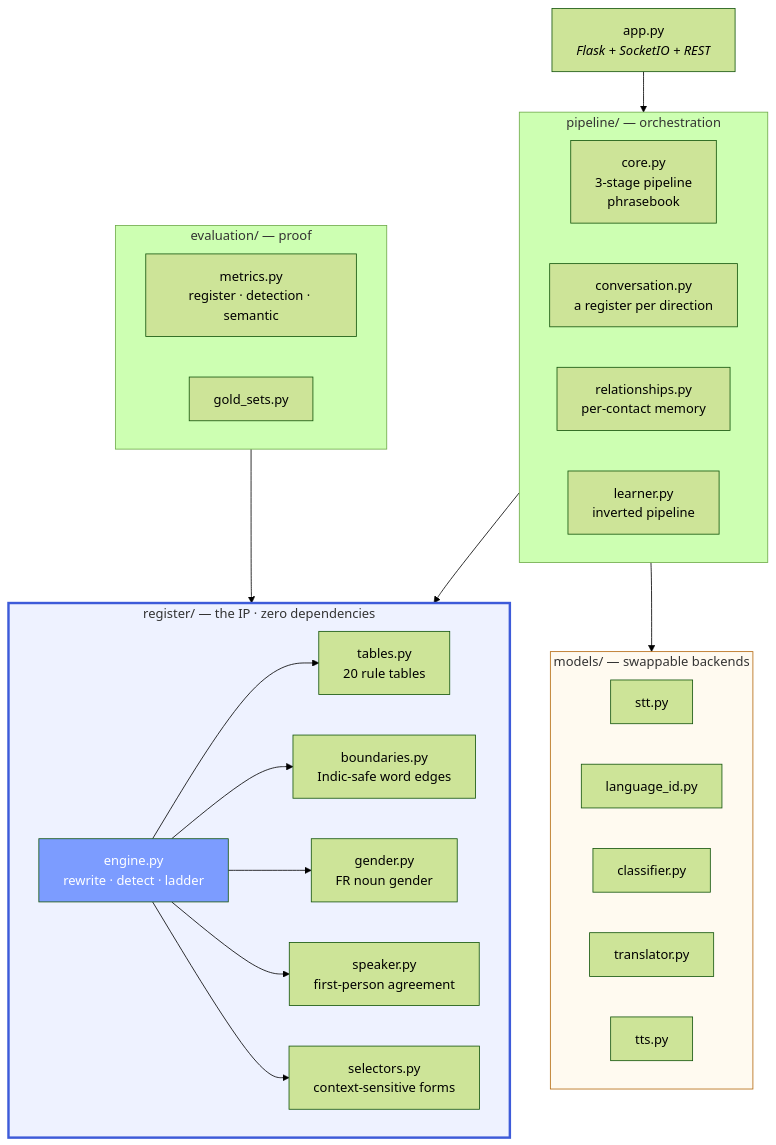
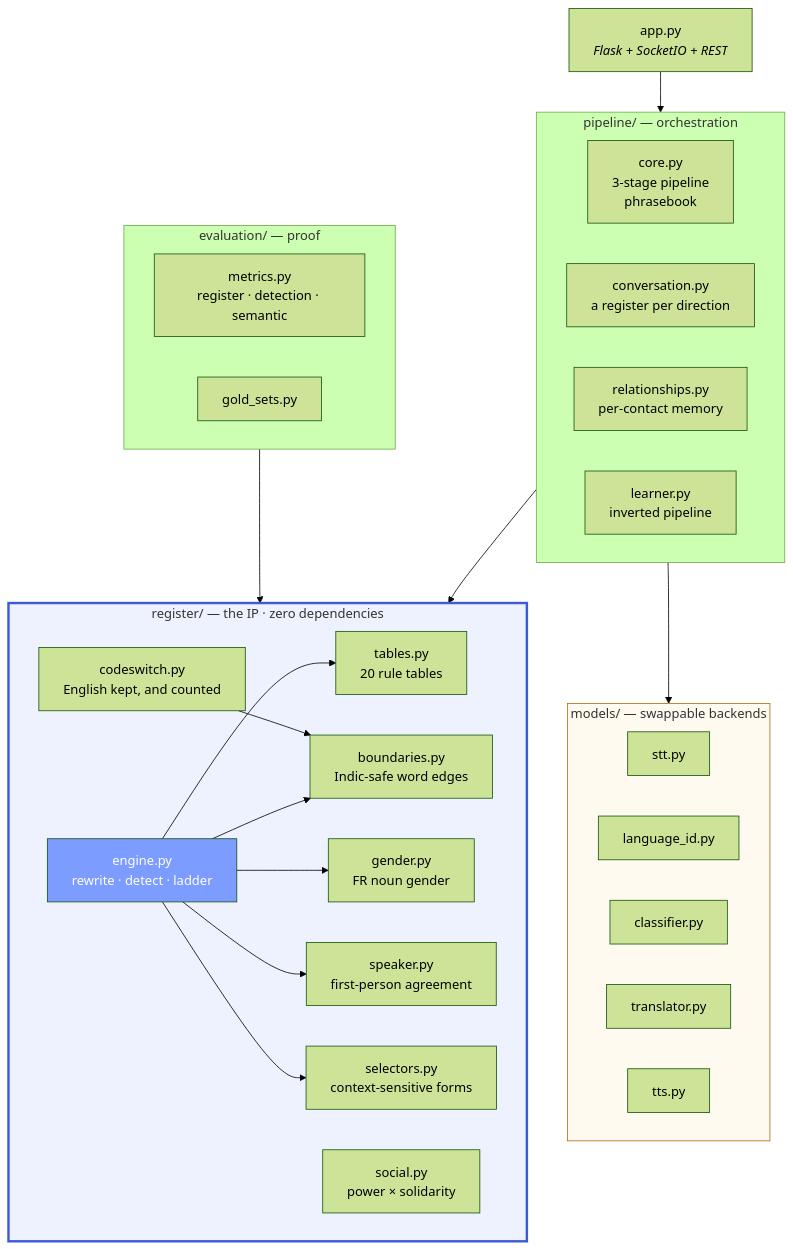
Before and after one commit to ardhendudebnath/register-aware-translation: the diagram in README.md, drawn with Mermaid (forest theme). The commit also changed other lines of this file and 13 other files, not shown here.

````diff
--- a/README.md
+++ b/README.md
@@ -110,43 +110,46 @@
 ```mermaid
 flowchart TD
     APP["app.py<br/><i>Flask + SocketIO + REST</i>"]
 
     subgraph PIPE["pipeline/ — orchestration"]
         CORE["core.py<br/>3-stage pipeline<br/>phrasebook"]
         CONV["conversation.py<br/>a register per direction"]
         REL["relationships.py<br/>per-contact memory"]
         LEARN["learner.py<br/>inverted pipeline"]
     end
 
     subgraph REG["register/ — the IP · zero dependencies"]
         TAB["tables.py<br/>20 rule tables"]
         ENG["engine.py<br/>rewrite · detect · ladder"]
         BOUND["boundaries.py<br/>Indic-safe word edges"]
+        CS["codeswitch.py<br/>English kept, and counted"]
+        SOC["social.py<br/>power × solidarity"]
         GEN["gender.py<br/>FR noun gender"]
         SPK["speaker.py<br/>first-person agreement"]
         SEL["selectors.py<br/>context-sensitive forms"]
     end
 
     subgraph MOD["models/ — swappable backends"]
         STT["stt.py"]
         LID["language_id.py"]
         CLF["classifier.py"]
         MT2["translator.py"]
         TTS2["tts.py"]
     end
 
     subgraph EVAL["evaluation/ — proof"]
         MET["metrics.py<br/>register · detection · semantic"]
         GOLD["gold_sets.py"]
     end
 
     APP --> PIPE
     PIPE --> REG
     PIPE --> MOD
     EVAL --> REG
     ENG --> TAB & BOUND & GEN & SPK & SEL
+    CS --> BOUND
 
     style REG fill:#eef2ff,stroke:#3d5bd9,stroke-width:3px
     style ENG fill:#7c9cff,color:#fff
     style MOD fill:#fffaf0,stroke:#b4690e
 ```
````
